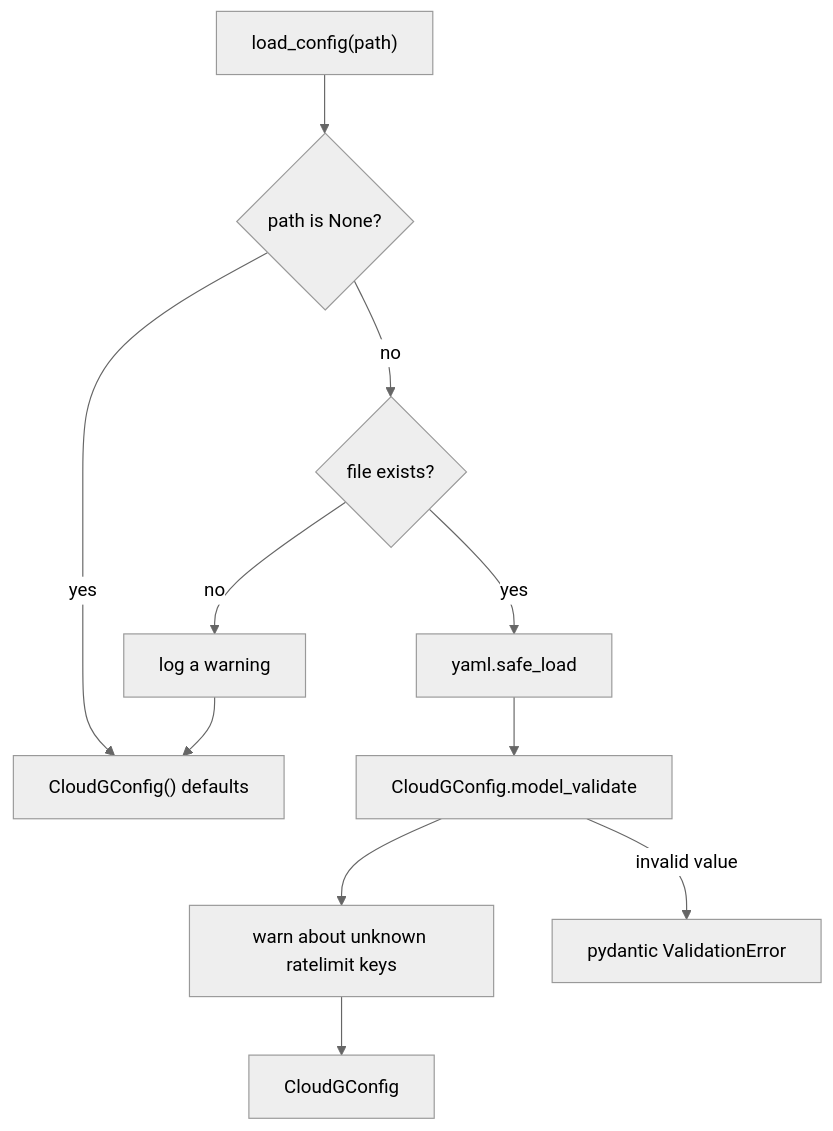
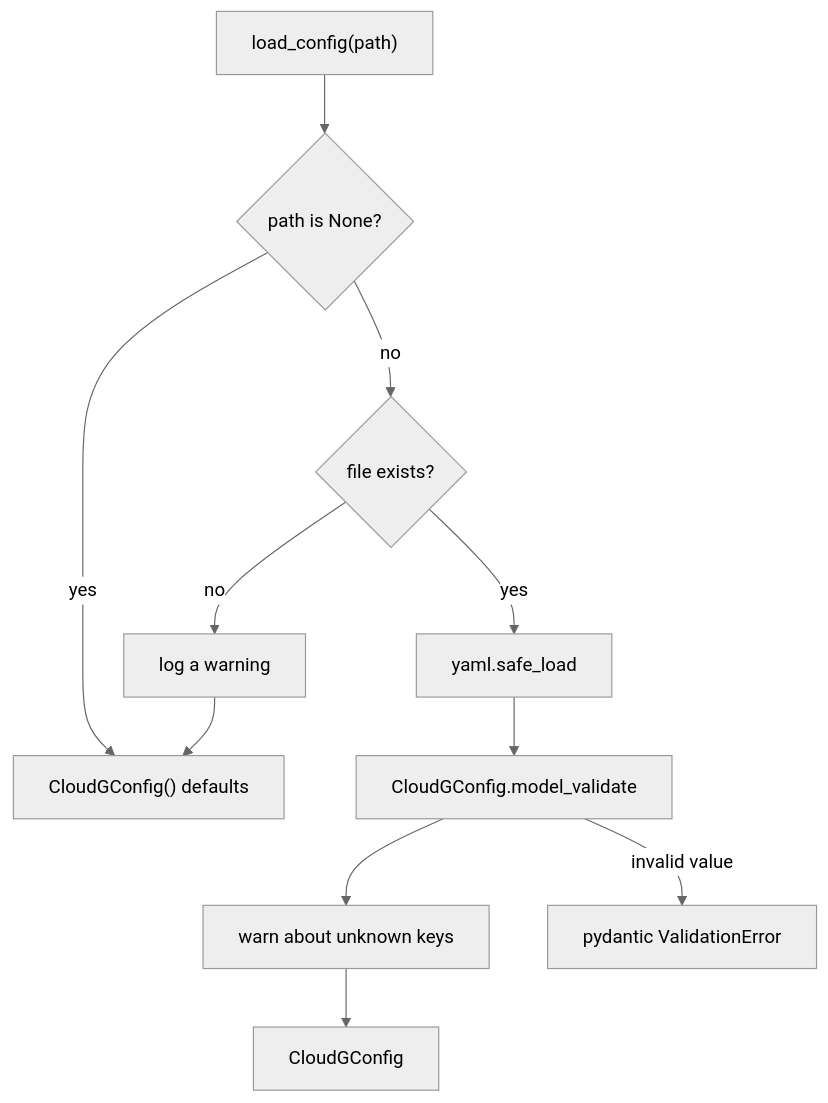
Before and after one commit to morpheuslord/cloudg: the diagram in site/content/api/cloudgconfig.md, drawn with Mermaid (neutral theme). The commit also changed other lines of this file and 51 other files, not shown here.

````diff
--- a/site/content/api/cloudgconfig.md
+++ b/site/content/api/cloudgconfig.md
@@ -24,12 +24,12 @@
 ```mermaid caption="What load_config does with the path it gets"
 flowchart TD
   P["load_config(path)"] --> N{"path is None?"}
   N -->|yes| D["CloudGConfig() defaults"]
   N -->|no| E{"file exists?"}
   E -->|no| W["log a warning"] --> D
   E -->|yes| Y["yaml.safe_load"]
   Y --> V["CloudGConfig.model_validate"]
-  V --> U["warn about unknown ratelimit keys"]
+  V --> U["warn about unknown keys"]
   U --> C["CloudGConfig"]
   V -->|invalid value| X["pydantic ValidationError"]
 ```
````
